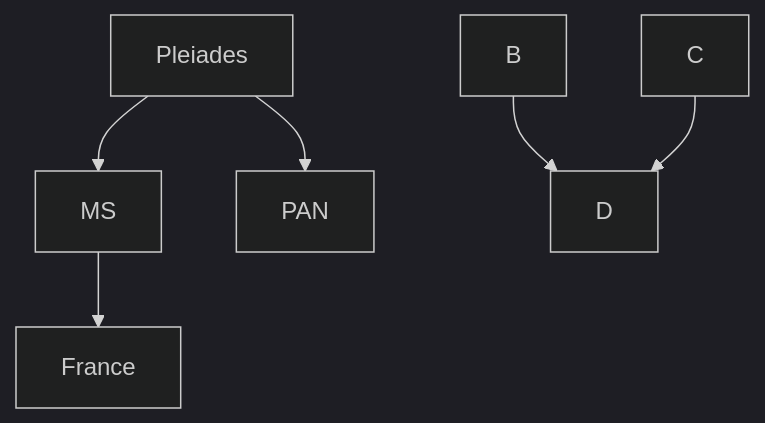
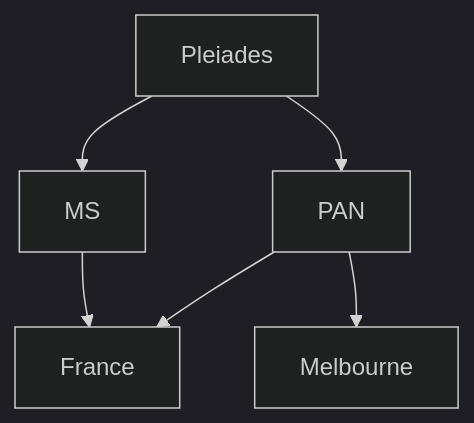
The diagram in README.md (DippoldEJ/Satellite-Datasets), drawn with Mermaid (dark theme) before and after one commit.

````diff
--- a/README.md
+++ b/README.md
@@ -8,8 +8,7 @@
 ```mermaid
 graph TD;
     Pleiades-->MS-->France;
-    Pleiades-->PAN;
-    B-->D;
-    C-->D;
+    Pleiades-->PAN-->France;
+    PAN-->Melbourne;
 
 ```
````
